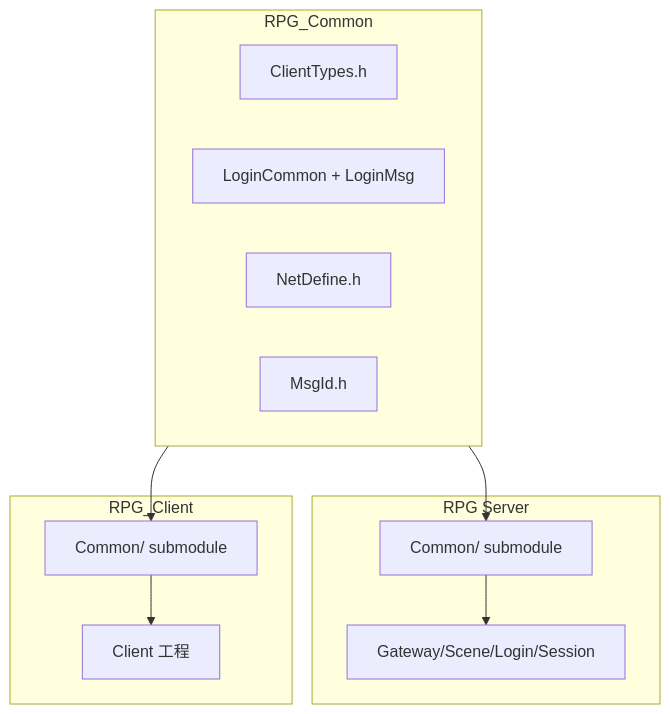
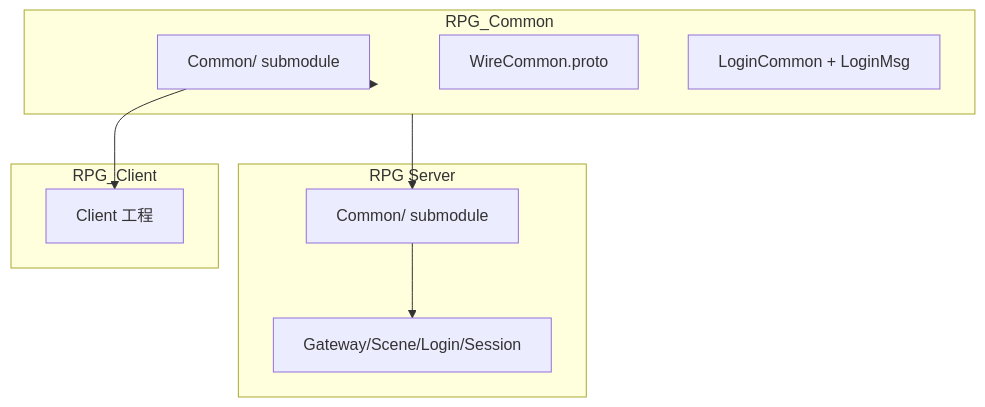
Before and after one commit to hechuangguo/RPG_Server: the first of 2 diagrams in docs/COMMON.md, drawn with Mermaid. The commit also changed other lines of this file and 24 other files, not shown here.

Commit message:
refactor(common): ClientTypes/NetDefine/MsgId 迁入 Protobuf

````diff
--- a/docs/COMMON.md
+++ b/docs/COMMON.md
@@ -51,21 +52,20 @@
 ```mermaid
 flowchart TB
     subgraph RPG_Common_repo [RPG_Common]
-        ClientTypes[ClientTypes.h]
+        ClientCommon[ClientCommon.proto]
+        WireCommon[WireCommon.proto]
         LoginPair[LoginCommon + LoginMsg]
-        NetDefine[NetDefine.h]
-        MsgId[MsgId.h]
     end
     subgraph RPG [RPG Server]
         ServerCommon[Common/ submodule]
         ServerCode[Gateway/Scene/Login/Session]
     end
     subgraph RPG_Client [RPG_Client]
         ClientCommon[Common/ submodule]
         ClientCode[Client 工程]
     end
     RPG_Common_repo --> ServerCommon
     RPG_Common_repo --> ClientCommon
     ServerCommon --> ServerCode
     ClientCommon --> ClientCode
 ```
````
